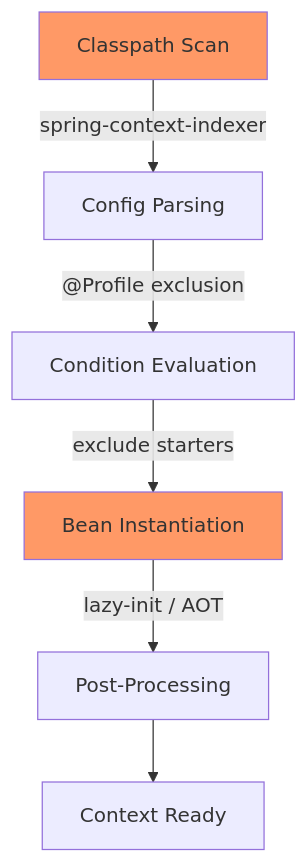
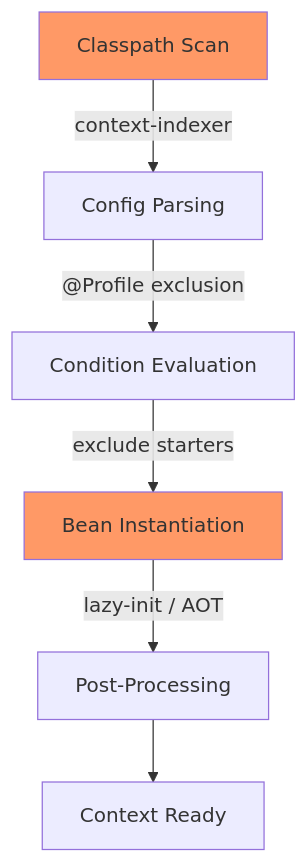
Before and after one commit to shivakrishnak/sk-bytes: the fifth of 40 diagrams in learn/spring/Spring - Production and Cloud.md, drawn with Mermaid. The commit also changed other lines of this file, not shown here.

Commit message:
fix: spring/production-cloud - resolve all validation errors

````diff
--- a/learn/spring/Spring - Production and Cloud.md
+++ b/learn/spring/Spring - Production and Cloud.md
@@ -643,10 +643,11 @@
 ```mermaid
 flowchart TD
-    A["Classpath Scan"] -->|"spring-context-indexer"| B["Config Parsing"]
+    A["Classpath Scan"]
+    A -->|"context-indexer"| B["Config Parsing"]
     B -->|"@Profile exclusion"| C["Condition Evaluation"]
     C -->|"exclude starters"| D["Bean Instantiation"]
     D -->|"lazy-init / AOT"| E["Post-Processing"]
     E --> F["Context Ready"]
     style A fill:#f96
     style D fill:#f96
 ```
````
